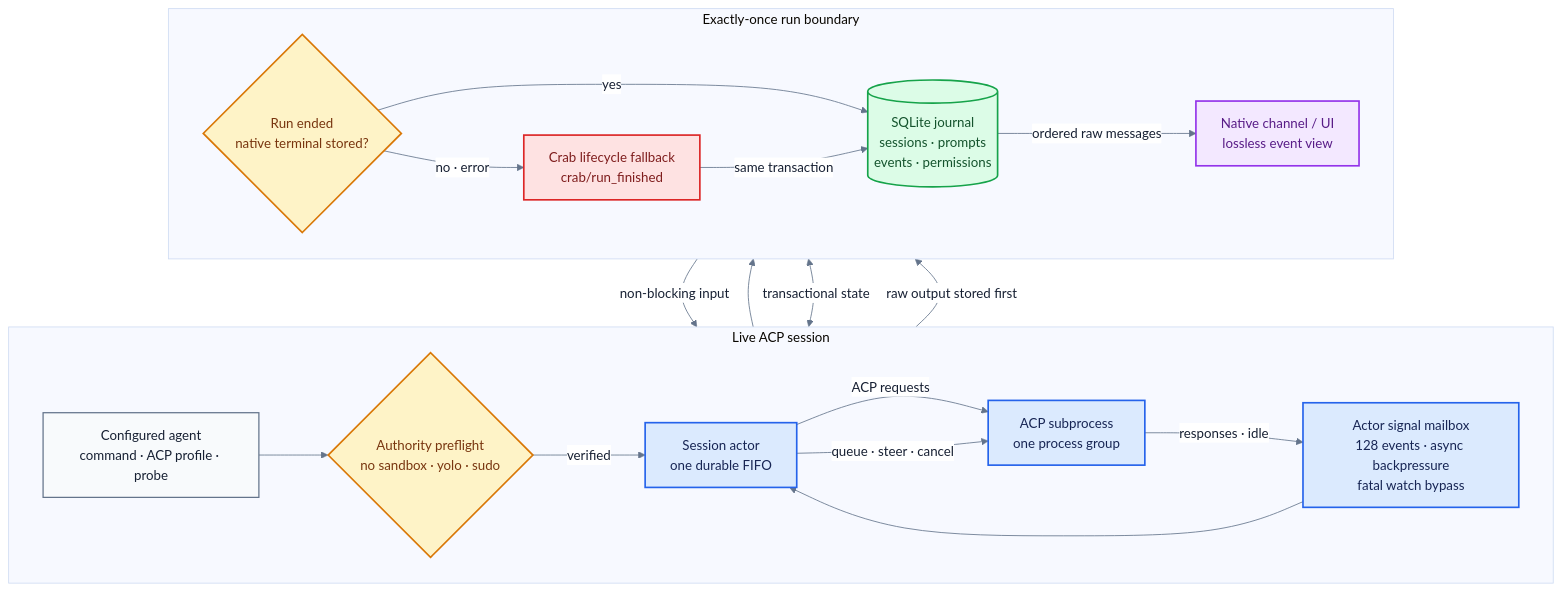
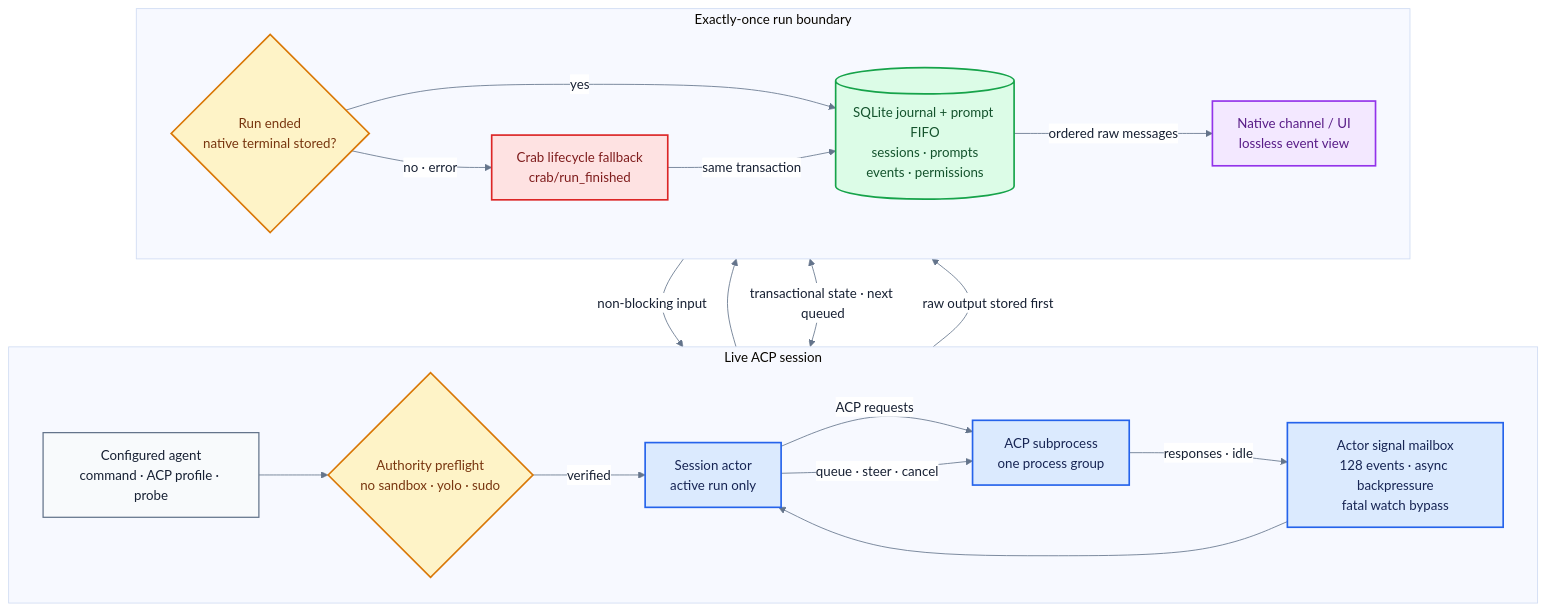
One commit to fontanierh/crab changed the diagram in v2/docs/agent-host-flow.mmd. Above: the diagram before and after it, drawn with Mermaid. The commit also changed 4 other files, not shown here.

Commit message:
fix(v2): make prompt FIFO durable (#308)

```diff
--- a/v2/docs/agent-host-flow.mmd
+++ b/v2/docs/agent-host-flow.mmd
@@ -1,46 +1,46 @@
 %%{init: {"theme": "base", "themeVariables": {"fontFamily": "ui-sans-serif, system-ui, sans-serif", "primaryTextColor": "#172033", "lineColor": "#64748b", "edgeLabelBackground": "#ffffff"}, "flowchart": {"curve": "basis", "nodeSpacing": 42, "rankSpacing": 58}}}%%
 flowchart TB
     subgraph LIVE["Live ACP session"]
         direction LR
         CONFIG["Configured agent<br/>command · ACP profile · probe"]
         PREFLIGHT{"Authority preflight<br/>no sandbox · yolo · sudo"}
-        ACTOR["Session actor<br/>one durable FIFO"]
+        ACTOR["Session actor<br/>active run only"]
         MAILBOX["Actor signal mailbox<br/>128 events · async backpressure<br/>fatal watch bypass"]
         ACP["ACP subprocess<br/>one process group"]
         CONFIG --> PREFLIGHT
         PREFLIGHT -->|"verified"| ACTOR
         ACTOR -->|"ACP requests"| ACP
         ACP -->|"responses · idle"| MAILBOX --> ACTOR
         ACTOR -->|"queue · steer · cancel"| ACP
     end
     subgraph DURABLE["Exactly-once run boundary"]
         direction LR
         ENDED{"Run ended<br/>native terminal stored?"}
         FALLBACK["Crab lifecycle fallback<br/>crab/run_finished"]
-        DB[("SQLite journal<br/>sessions · prompts<br/>events · permissions")]
+        DB[("SQLite journal + prompt FIFO<br/>sessions · prompts<br/>events · permissions")]
         UI["Native channel / UI<br/>lossless event view"]
         ENDED -->|"yes"| DB
         ENDED -->|"no · error"| FALLBACK
         FALLBACK -->|"same transaction"| DB
         DB -->|"ordered raw messages"| UI
     end
 
     ACTOR --> ENDED
-    ACTOR <-->|"transactional state"| DB
+    ACTOR <-->|"transactional state · next queued"| DB
     ACP -->|"raw output stored first"| DB
     UI -->|"non-blocking input"| ACTOR
 
     classDef config fill:#f8fafc,stroke:#64748b,stroke-width:1.5px,color:#172033;
     classDef gate fill:#fef3c7,stroke:#d97706,stroke-width:2px,color:#78350f;
     classDef runtime fill:#dbeafe,stroke:#2563eb,stroke-width:2px,color:#172554;
     classDef fallback fill:#fee2e2,stroke:#dc2626,stroke-width:2px,color:#7f1d1d;
     classDef durable fill:#dcfce7,stroke:#16a34a,stroke-width:2px,color:#14532d;
     classDef ui fill:#f3e8ff,stroke:#9333ea,stroke-width:2px,color:#581c87;
 
     class CONFIG config;
     class PREFLIGHT gate;
     class ACTOR,MAILBOX,ACP runtime;
     class FALLBACK fallback;
     class ENDED gate;
     class DB durable;
     class UI ui;
```
